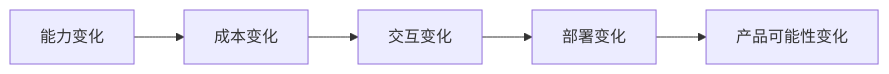
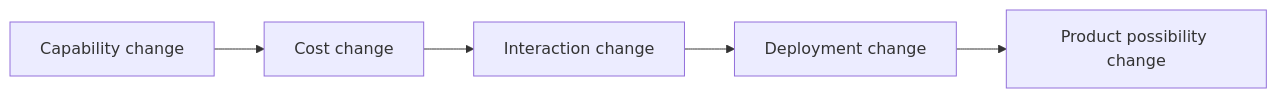
The first of 2 diagrams in docs/ch12-multimodal/ch04-frontier/01-frontier-trends.md (oudbiao/AI-fullstack-course), drawn with Mermaid before and after one commit. The commit also changed other lines of this file and 1406 other files, not shown here.

````diff
--- a/docs/ch12-multimodal/ch04-frontier/01-frontier-trends.md
+++ b/docs/ch12-multimodal/ch04-frontier/01-frontier-trends.md
@@ -51,7 +51,7 @@
 ```mermaid
 flowchart LR
-    A["能力变化"] --> B["成本变化"]
-    B --> C["交互变化"]
-    C --> D["部署变化"]
-    D --> E["产品可能性变化"]
+    A["Capability change"] --> B["Cost change"]
+    B --> C["Interaction change"]
+    C --> D["Deployment change"]
+    D --> E["Product possibility change"]
 ```
````
